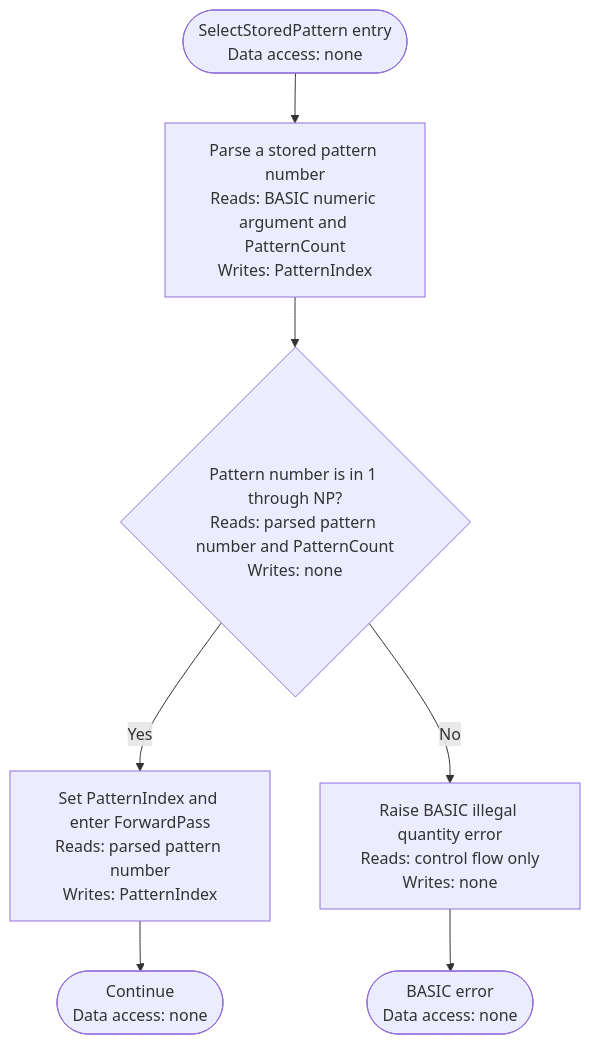
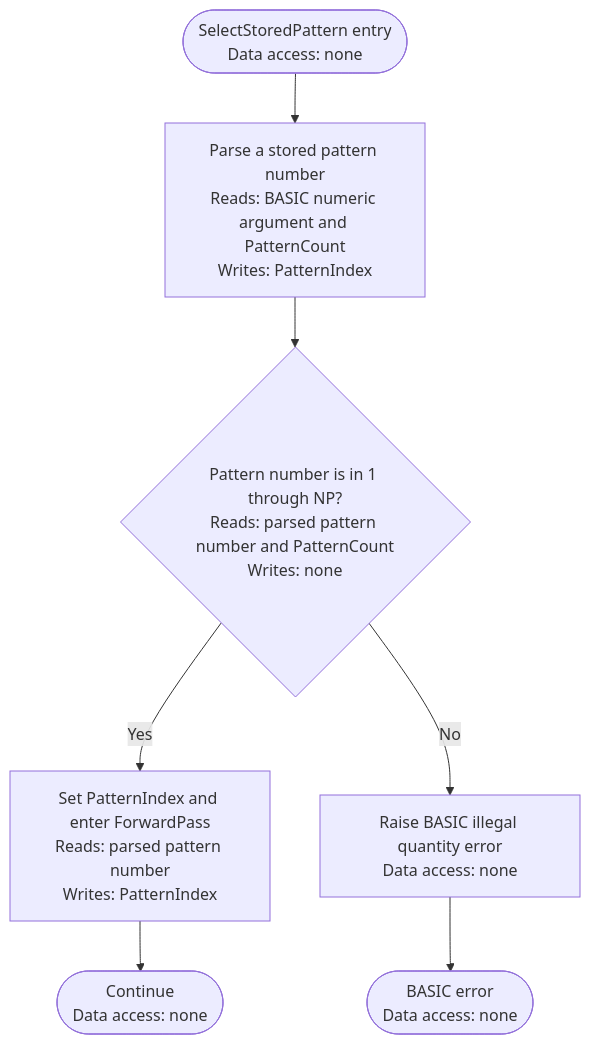
Before and after one commit to sharpninja/NeuralNetworks: diagram 20 of 51 in docs/Diagrams/BP-ML-Activity-Diagrams.md, drawn with Mermaid. The commit also changed other lines of this file and 10 other files, not shown here.

````diff
--- a/docs/Diagrams/BP-ML-Activity-Diagrams.md
+++ b/docs/Diagrams/BP-ML-Activity-Diagrams.md
@@ -490,9 +531,9 @@
 ```mermaid
 flowchart TD
     A(["SelectStoredPattern entry<br/>Data access: none"]) --> B["Parse a stored pattern number<br/>Reads: BASIC numeric argument and PatternCount<br/>Writes: PatternIndex"]
     B --> C{"Pattern number is in 1 through NP?<br/>Reads: parsed pattern number and PatternCount<br/>Writes: none"}
     C -- Yes --> D["Set PatternIndex and enter ForwardPass<br/>Reads: parsed pattern number<br/>Writes: PatternIndex"]
-    C -- No --> E["Raise BASIC illegal quantity error<br/>Reads: control flow only<br/>Writes: none"]
+    C -- No --> E["Raise BASIC illegal quantity error<br/>Data access: none"]
     D --> Z(["Continue<br/>Data access: none"])
     E --> X(["BASIC error<br/>Data access: none"])
 ```
````
